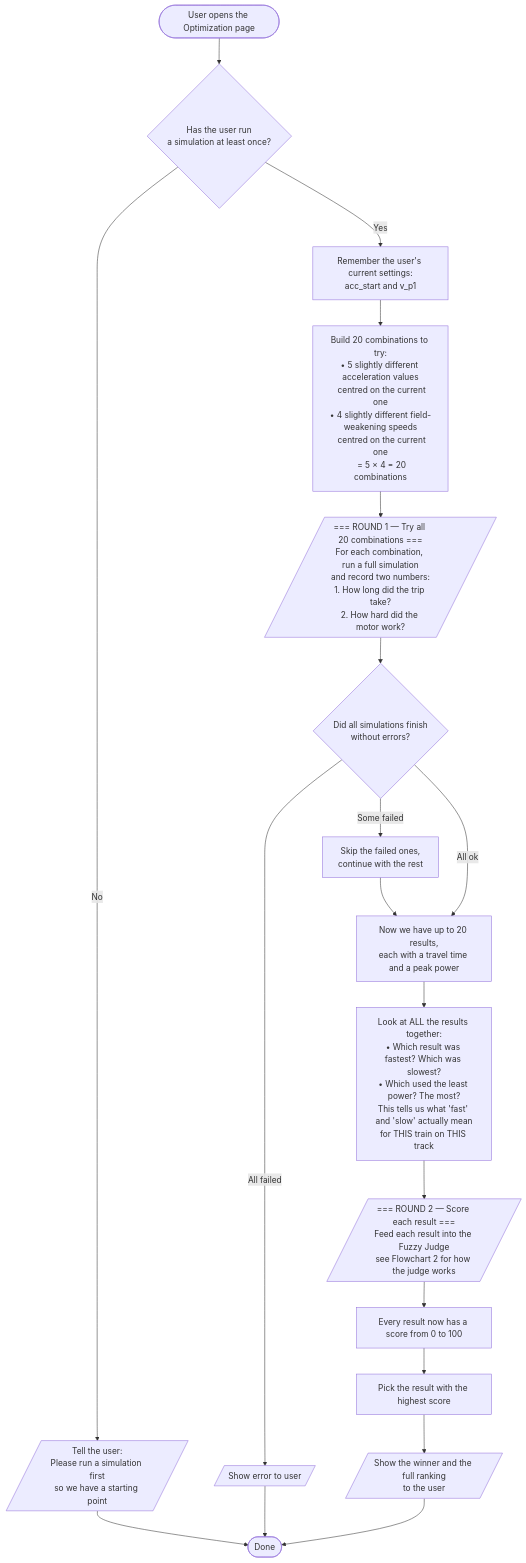
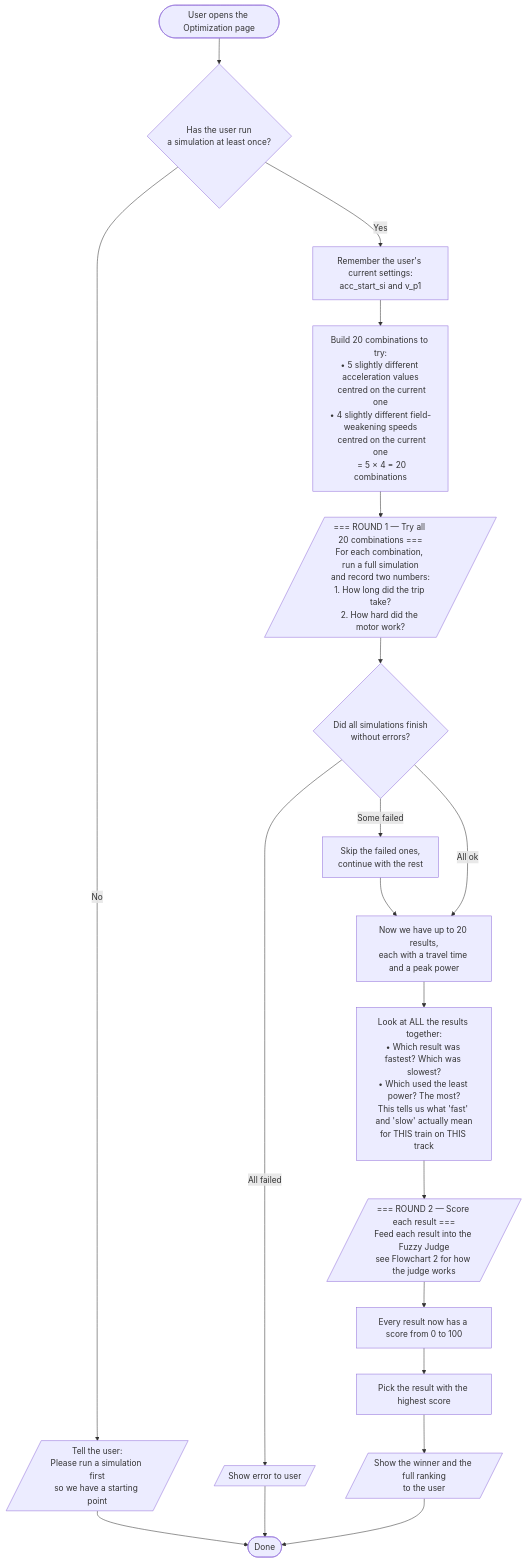
One commit to illufoxKusanagi/Train-Simulation-App changed the first of 5 diagrams in documentations/FUZZY_FLOWCHART.md. Above: the diagram before and after it, drawn with Mermaid. The commit also changed other lines of this file and 24 other files, not shown here.

````diff
--- a/documentations/FUZZY_FLOWCHART.md
+++ b/documentations/FUZZY_FLOWCHART.md
@@ -9,32 +9,32 @@
 ```mermaid
 flowchart TD
     A([User opens the Optimization page]) --> B{Has the user run\na simulation at least once?}
     B -- No --> C[/Tell the user:\nPlease run a simulation first\nso we have a starting point/]
     C --> Z([Done])
 
-    B -- Yes --> D[Remember the user's current settings:\nacc_start and v_p1]
+    B -- Yes --> D[Remember the user's current settings:\nacc_start_si and v_p1]
 
     D --> E["Build 20 combinations to try:\n• 5 slightly different acceleration values\n  centred on the current one\n• 4 slightly different field-weakening speeds\n  centred on the current one\n  = 5 × 4 = 20 combinations"]
 
     E --> F[/"=== ROUND 1 — Try all 20 combinations ===\nFor each combination, run a full simulation\nand record two numbers:\n1. How long did the trip take?\n2. How hard did the motor work?"/]
 
     F --> G{Did all simulations finish\nwithout errors?}
     G -- Some failed --> H[Skip the failed ones,\ncontinue with the rest]
     G -- All failed --> I[/Show error to user/]
     I --> Z
     H --> J
     G -- All ok --> J
 
     J[Now we have up to 20 results,\neach with a travel time and a peak power]
 
     J --> K["Look at ALL the results together:\n• Which result was fastest? Which was slowest?\n• Which used the least power? The most?\nThis tells us what 'fast' and 'slow' actually mean\nfor THIS train on THIS track"]
 
     K --> L[/"=== ROUND 2 — Score each result ===\nFeed each result into the Fuzzy Judge\nsee Flowchart 2 for how the judge works"/]
 
     L --> M[Every result now has a score from 0 to 100]
 
     M --> N[Pick the result with the highest score]
 
     N --> O[/Show the winner and the full ranking\nto the user/]
     O --> Z
 ```
````
